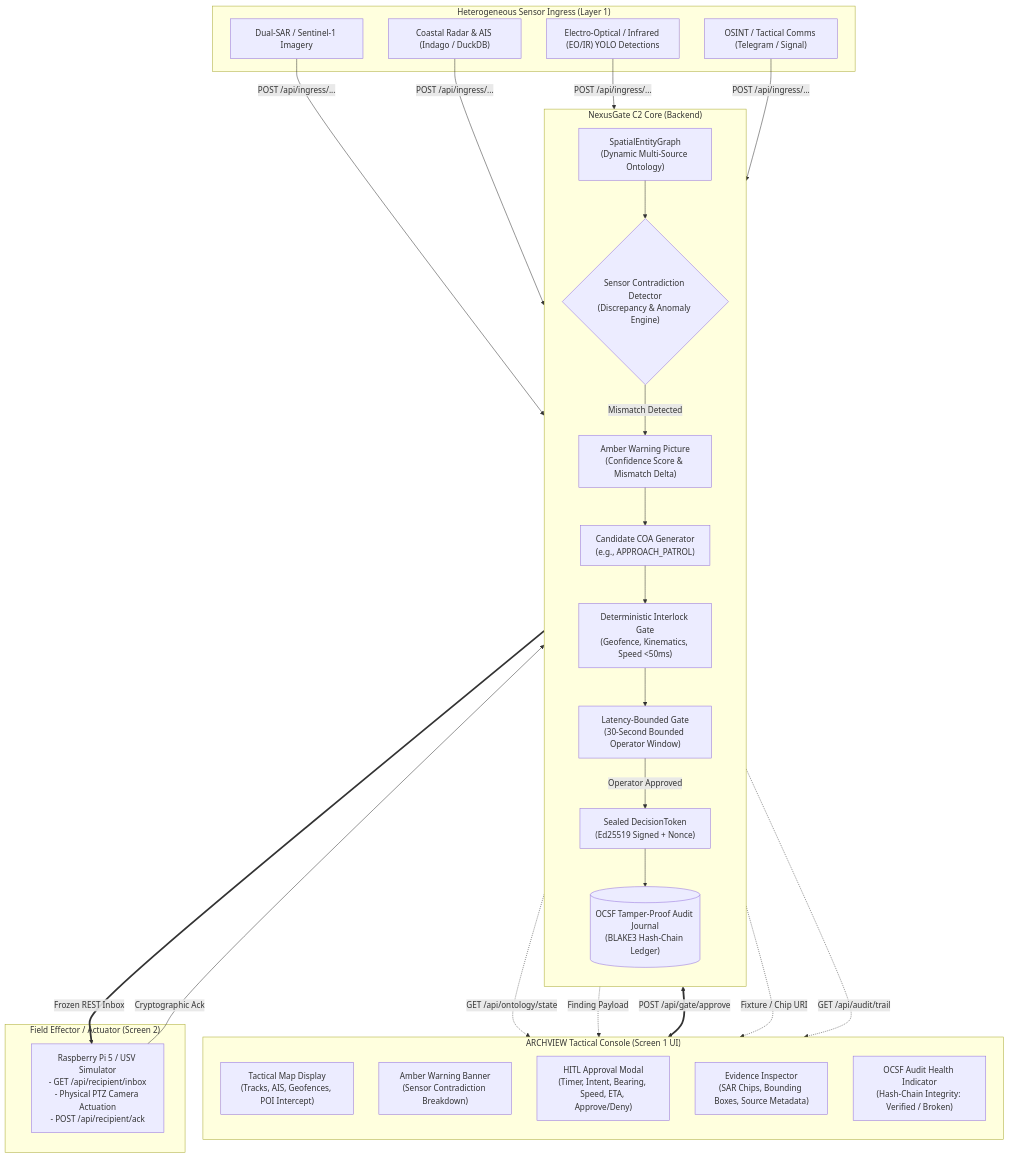
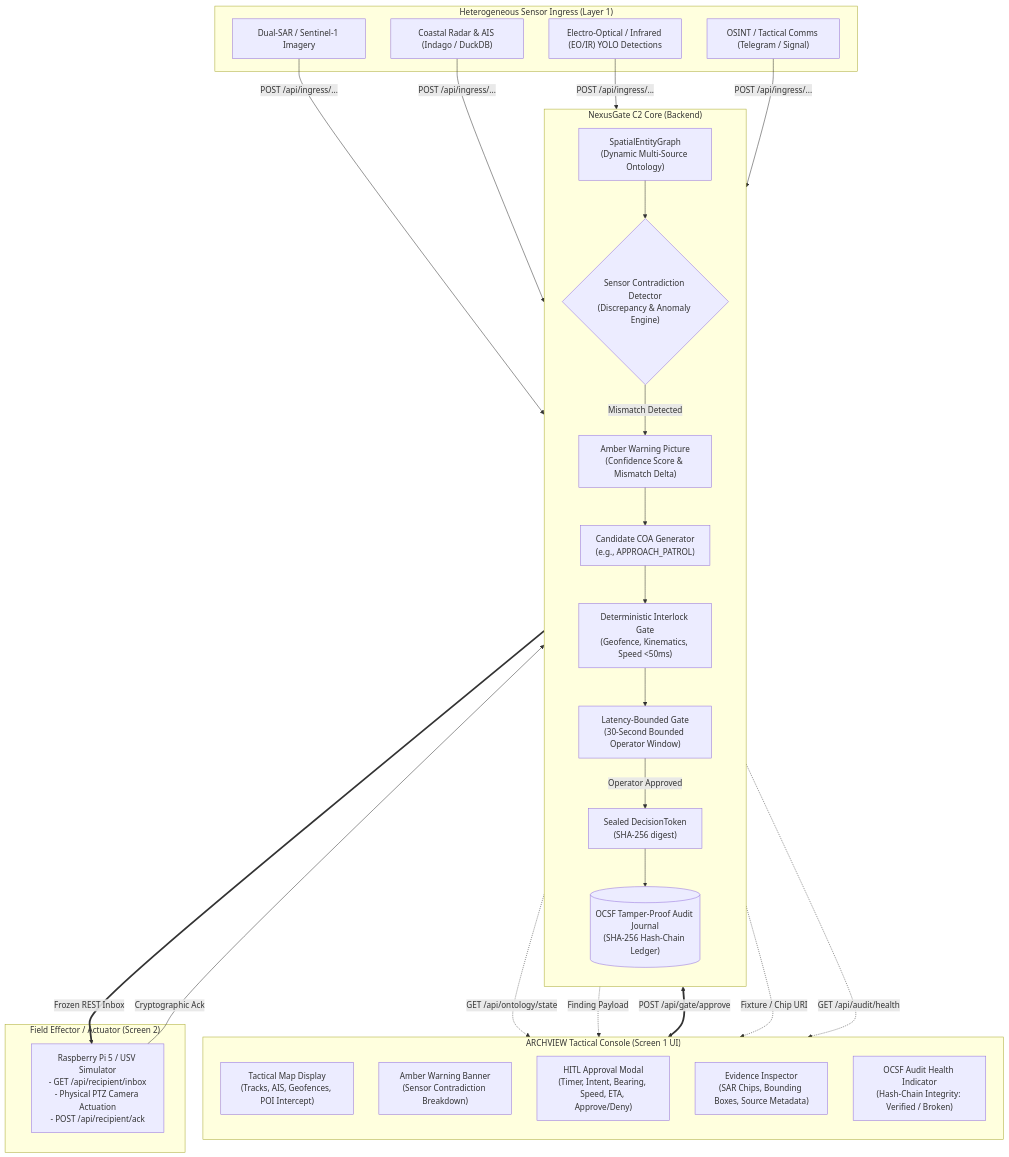
Before and after one commit to edgesentry/sdth-nexus-c2: the first of 2 diagrams in docs/archview-integration-proposal.md, drawn with Mermaid. The commit also changed other lines of this file and 7 other files, not shown here.

First line of the commit message:
feat(c2): ARCHVIEW CORS + audit health contract (#93, #94) (#101)

````diff
--- a/docs/archview-integration-proposal.md
+++ b/docs/archview-integration-proposal.md
@@ -47,55 +47,55 @@
 ```mermaid
 flowchart TB
     subgraph SENSORS["Heterogeneous Sensor Ingress (Layer 1)"]
         S1["Dual-SAR / Sentinel-1 Imagery"]
         S2["Coastal Radar & AIS (Indago / DuckDB)"]
         S3["Electro-Optical / Infrared (EO/IR) YOLO Detections"]
         S4["OSINT / Tactical Comms (Telegram / Signal)"]
     end
 
     subgraph NEXUS_CORE["NexusGate C2 Core (Backend)"]
         direction TB
         SEG["SpatialEntityGraph<br/>(Dynamic Multi-Source Ontology)"]
         DET{"Sensor Contradiction Detector<br/>(Discrepancy & Anomaly Engine)"}
         AMBER["Amber Warning Picture<br/>(Confidence Score & Mismatch Delta)"]
         COA["Candidate COA Generator<br/>(e.g., APPROACH_PATROL)"]
         GATE["Deterministic Interlock Gate<br/>(Geofence, Kinematics, Speed &lt;50ms)"]
         HITL["Latency-Bounded Gate<br/>(30-Second Bounded Operator Window)"]
-        TOKEN["Sealed DecisionToken<br/>(Ed25519 Signed + Nonce)"]
-        OCSF[("OCSF Tamper-Proof Audit Journal<br/>(BLAKE3 Hash-Chain Ledger)")]
+        TOKEN["Sealed DecisionToken<br/>(SHA-256 digest)"]
+        OCSF[("OCSF Tamper-Proof Audit Journal<br/>(SHA-256 Hash-Chain Ledger)")]
     end
 
     subgraph ARCHVIEW_UI["ARCHVIEW Tactical Console (Screen 1 UI)"]
         direction TB
         MAP["Tactical Map Display<br/>(Tracks, AIS, Geofences, POI Intercept)"]
         ALERT["Amber Warning Banner<br/>(Sensor Contradiction Breakdown)"]
         REVIEW["HITL Approval Modal<br/>(Timer, Intent, Bearing, Speed, ETA, Approve/Deny)"]
         CHIPS["Evidence Inspector<br/>(SAR Chips, Bounding Boxes, Source Metadata)"]
         AUDIT_PILL["OCSF Audit Health Indicator<br/>(Hash-Chain Integrity: Verified / Broken)"]
     end
 
     subgraph FIELD["Field Effector / Actuator (Screen 2)"]
         RASPI["Raspberry Pi 5 / USV Simulator<br/>- GET /api/recipient/inbox<br/>- Physical PTZ Camera Actuation<br/>- POST /api/recipient/ack"]
     end
 
     %% Sensor to Backend
     S1 & S2 & S3 & S4 -->|POST /api/ingress/...| SEG
     SEG --> DET
     DET -->|Mismatch Detected| AMBER
     AMBER --> COA
     COA --> GATE
     GATE --> HITL
 
     %% Backend to UI
     SEG -.->|GET /api/ontology/state| MAP
     AMBER -.->|Finding Payload| ALERT
     HITL <==>|POST /api/gate/approve| REVIEW
     SEG -.->|Fixture / Chip URI| CHIPS
-    OCSF -.->|GET /api/audit/trail| AUDIT_PILL
+    OCSF -.->|GET /api/audit/health| AUDIT_PILL
 
     %% Backend to Field
     HITL -->|Operator Approved| TOKEN
     TOKEN --> OCSF
     TOKEN ==>|Frozen REST Inbox| RASPI
     RASPI -->|Cryptographic Ack| OCSF
 ```
````
